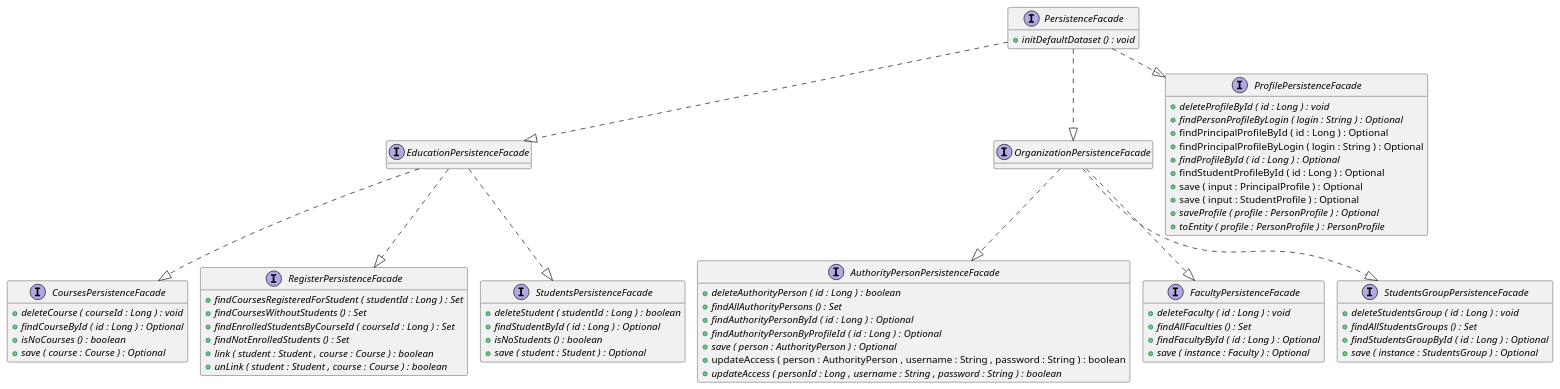
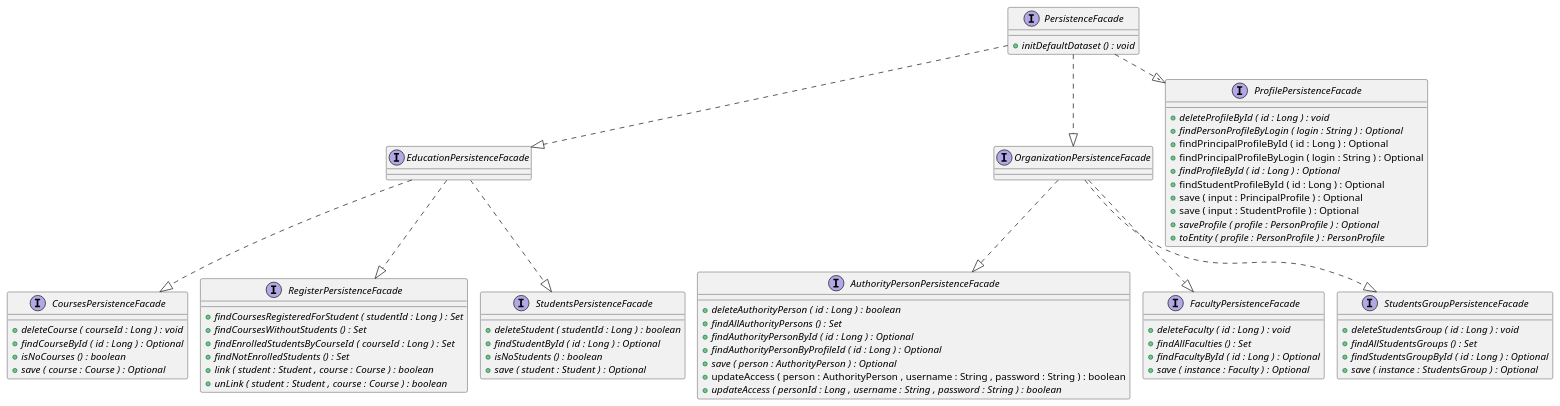
Before and after one commit to OlegSopilnyak/school-demo: the diagram in micro-core/documentation/puml/class-diagrams/PersistenceFacades.puml, drawn with PlantUML. The commit also changed 12 other files, not shown here.

```diff
--- a/micro-core/documentation/puml/class-diagrams/PersistenceFacades.puml
+++ b/micro-core/documentation/puml/class-diagrams/PersistenceFacades.puml
@@ -3,98 +3,97 @@
 @startuml
 !pragma layout smetana
 
 interface AuthorityPersonPersistenceFacade {
 	{method}  {abstract} +deleteAuthorityPerson ( id : Long ) : boolean
 	{method}  {abstract} +findAllAuthorityPersons () : Set
 	{method}  {abstract} +findAuthorityPersonById ( id : Long ) : Optional
 	{method}  {abstract} +findAuthorityPersonByProfileId ( id : Long ) : Optional
 	{method}  {abstract} +save ( person : AuthorityPerson ) : Optional
 	{method} +updateAccess ( person : AuthorityPerson , username : String , password : String ) : boolean
 	{method}  {abstract} +updateAccess ( personId : Long , username : String , password : String ) : boolean
 }
 
 
 interface CoursesPersistenceFacade {
 	{method}  {abstract} +deleteCourse ( courseId : Long ) : void
 	{method}  {abstract} +findCourseById ( id : Long ) : Optional
 	{method}  {abstract} +isNoCourses () : boolean
 	{method}  {abstract} +save ( course : Course ) : Optional
 }
 
 
 interface EducationPersistenceFacade {
 }
 
 
 interface FacultyPersistenceFacade {
 	{method}  {abstract} +deleteFaculty ( id : Long ) : void
 	{method}  {abstract} +findAllFaculties () : Set
 	{method}  {abstract} +findFacultyById ( id : Long ) : Optional
 	{method}  {abstract} +save ( instance : Faculty ) : Optional
 }
 
 
 interface OrganizationPersistenceFacade {
 }
 
 
 interface PersistenceFacade {
 	{method}  {abstract} +initDefaultDataset () : void
 }
 
 
 interface ProfilePersistenceFacade {
 	{method}  {abstract} +deleteProfileById ( id : Long ) : void
 	{method}  {abstract} +findPersonProfileByLogin ( login : String ) : Optional
 	{method} +findPrincipalProfileById ( id : Long ) : Optional
 	{method} +findPrincipalProfileByLogin ( login : String ) : Optional
 	{method}  {abstract} +findProfileById ( id : Long ) : Optional
 	{method} +findStudentProfileById ( id : Long ) : Optional
 	{method} +save ( input : PrincipalProfile ) : Optional
 	{method} +save ( input : StudentProfile ) : Optional
 	{method}  {abstract} +saveProfile ( profile : PersonProfile ) : Optional
 	{method}  {abstract} +toEntity ( profile : PersonProfile ) : PersonProfile
 }
 
 
 interface RegisterPersistenceFacade {
 	{method}  {abstract} +findCoursesRegisteredForStudent ( studentId : Long ) : Set
 	{method}  {abstract} +findCoursesWithoutStudents () : Set
 	{method}  {abstract} +findEnrolledStudentsByCourseId ( courseId : Long ) : Set
 	{method}  {abstract} +findNotEnrolledStudents () : Set
 	{method}  {abstract} +link ( student : Student , course : Course ) : boolean
 	{method}  {abstract} +unLink ( student : Student , course : Course ) : boolean
 }
 
 
 interface StudentsGroupPersistenceFacade {
 	{method}  {abstract} +deleteStudentsGroup ( id : Long ) : void
 	{method}  {abstract} +findAllStudentsGroups () : Set
 	{method}  {abstract} +findStudentsGroupById ( id : Long ) : Optional
 	{method}  {abstract} +save ( instance : StudentsGroup ) : Optional
 }
 
 
 interface StudentsPersistenceFacade {
 	{method}  {abstract} +deleteStudent ( studentId : Long ) : boolean
 	{method}  {abstract} +findStudentById ( id : Long ) : Optional
 	{method}  {abstract} +isNoStudents () : boolean
 	{method}  {abstract} +save ( student : Student ) : Optional
 }
 
 
 
 
 EducationPersistenceFacade ..|>  CoursesPersistenceFacade
 EducationPersistenceFacade ..|>  RegisterPersistenceFacade
 EducationPersistenceFacade ..|>  StudentsPersistenceFacade
 OrganizationPersistenceFacade ..|>  AuthorityPersonPersistenceFacade
 OrganizationPersistenceFacade ..|>  FacultyPersistenceFacade
 OrganizationPersistenceFacade ..|>  StudentsGroupPersistenceFacade
 PersistenceFacade ..|>  EducationPersistenceFacade
 PersistenceFacade ..|>  OrganizationPersistenceFacade
 PersistenceFacade ..|>  ProfilePersistenceFacade
 
-hide fields
 
 @enduml
```
